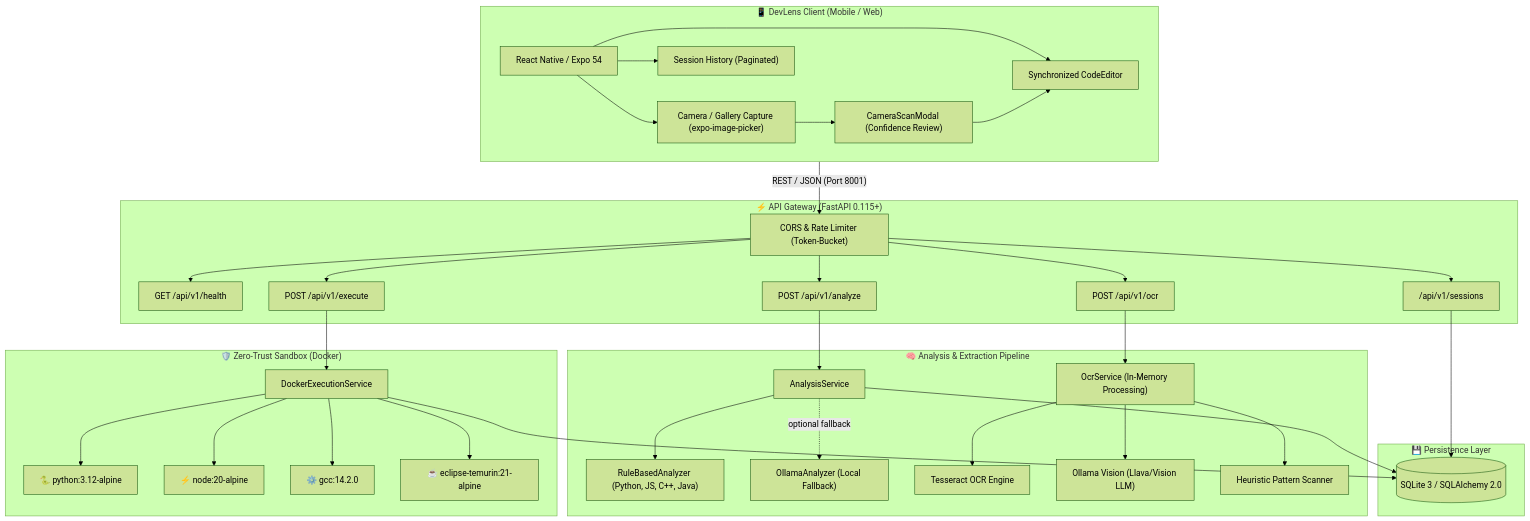
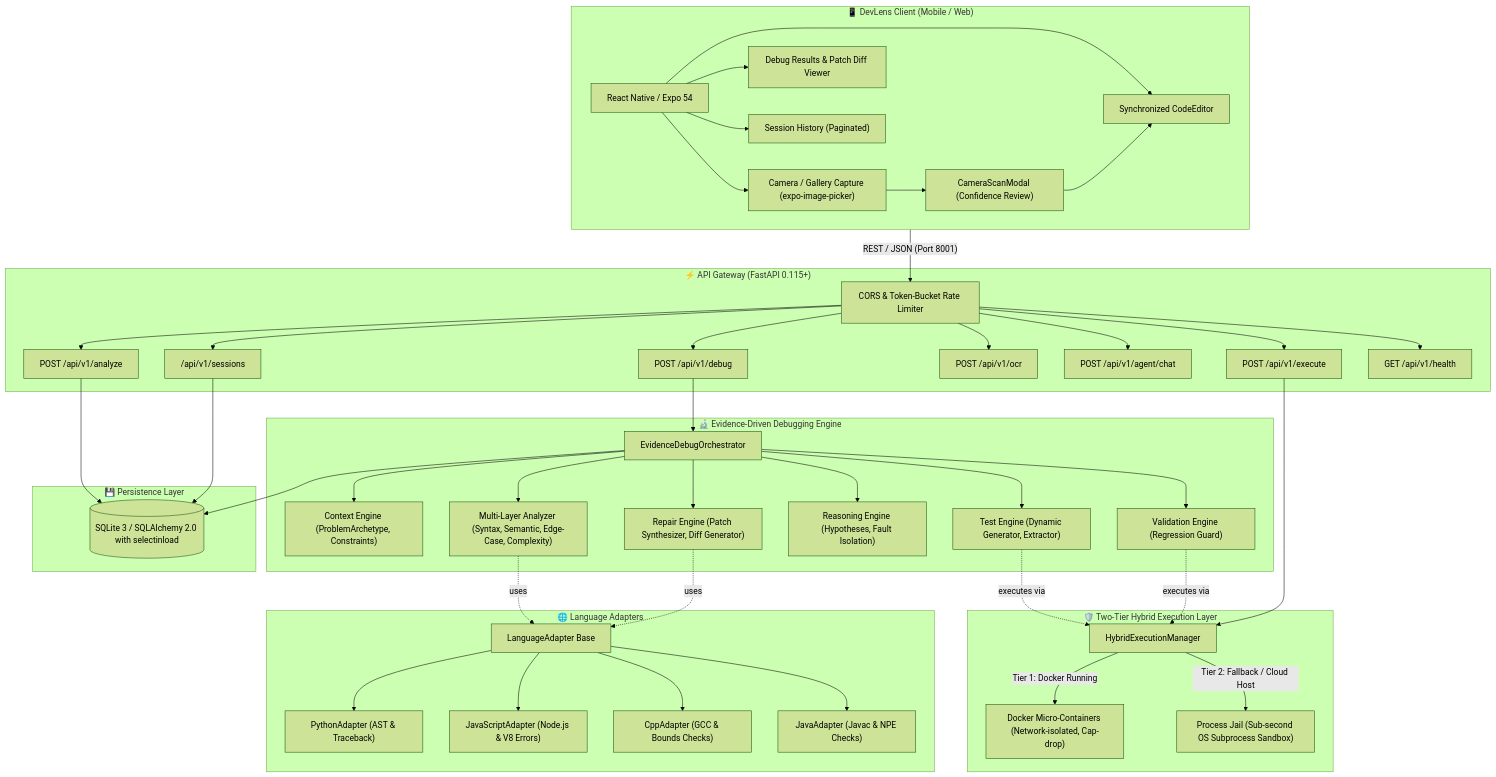
Before and after one commit to Bit-manipulators/DevLense: the diagram in project_brain.md, drawn with Mermaid (forest theme). The commit also changed other lines of this file and 7 other files, not shown here.

Commit message:
docs: finalize comprehensive documentation for evidence-driven debugging engine, two-tier sandbox, and test suites

````diff
--- a/project_brain.md
+++ b/project_brain.md
@@ -23,63 +24,85 @@
     subgraph Client["📱 DevLens Client (Mobile / Web)"]
         UI["React Native / Expo 54"]
         Editor["Synchronized CodeEditor"]
+        DebugView["Debug Results & Patch Diff Viewer"]
         Camera["Camera / Gallery Capture (expo-image-picker)"]
         Modal["CameraScanModal (Confidence Review)"]
         History["Session History (Paginated)"]
         UI --> Editor
         UI --> Camera --> Modal --> Editor
+        UI --> DebugView
         UI --> History
     end
 
     subgraph Gateway["⚡ API Gateway (FastAPI 0.115+)"]
-        Router["CORS & Rate Limiter (Token-Bucket)"]
-        HealthAPI["GET /api/v1/health"]
+        Router["CORS & Token-Bucket Rate Limiter"]
+        DebugAPI["POST /api/v1/debug"]
         AnalyzeAPI["POST /api/v1/analyze"]
         ExecuteAPI["POST /api/v1/execute"]
         OcrAPI["POST /api/v1/ocr"]
+        AgentAPI["POST /api/v1/agent/chat"]
         SessionsAPI["/api/v1/sessions"]
-        Router --> HealthAPI
+        HealthAPI["GET /api/v1/health"]
+        
+        Router --> DebugAPI
         Router --> AnalyzeAPI
         Router --> ExecuteAPI
         Router --> OcrAPI
+        Router --> AgentAPI
         Router --> SessionsAPI
+        Router --> HealthAPI
     end
 
-    subgraph CoreEngine["🧠 Analysis & Extraction Pipeline"]
-        AnalysisService["AnalysisService"]
-        RuleAnalyzer["RuleBasedAnalyzer (Python, JS, C++, Java)"]
-        OllamaAnalyzer["OllamaAnalyzer (Local Fallback)"]
-        OcrService["OcrService (In-Memory Processing)"]
-        TesseractOCR["Tesseract OCR Engine"]
-        OllamaVision["Ollama Vision (Llava/Vision LLM)"]
-        PatternFallback["Heuristic Pattern Scanner"]
+    subgraph EvidenceEngine["🔬 Evidence-Driven Debugging Engine"]
+        Orchestrator["EvidenceDebugOrchestrator"]
+        ContextEngine["Context Engine (ProblemArchetype, Constraints)"]
+        MultiAnalyzer["Multi-Layer Analyzer (Syntax, Semantic, Edge-Case, Complexity)"]
+        TestEngine["Test Engine (Dynamic Generator, Extractor)"]
+        ReasoningEngine["Reasoning Engine (Hypotheses, Fault Isolation)"]
+        RepairEngine["Repair Engine (Patch Synthesizer, Diff Generator)"]
+        ValidationEngine["Validation Engine (Regression Guard)"]
         
-        AnalysisService --> RuleAnalyzer
-        AnalysisService -. optional fallback .-> OllamaAnalyzer
-        OcrService --> OllamaVision
-        OcrService --> TesseractOCR
-        OcrService --> PatternFallback
+        DebugAPI --> Orchestrator
+        Orchestrator --> ContextEngine
+        Orchestrator --> MultiAnalyzer
+        Orchestrator --> TestEngine
+        Orchestrator --> ReasoningEngine
+        Orchestrator --> RepairEngine
+        Orchestrator --> ValidationEngine
     end
 
-    subgraph Sandbox["🛡️ Zero-Trust Sandbox (Docker)"]
-        DockerManager["DockerExecutionService"]
-        PyBox["🐍 python:3.12-alpine"]
-        NodeBox["⚡ node:20-alpine"]
-        CppBox["⚙️ gcc:14.2.0"]
-        JavaBox["☕ eclipse-temurin:21-alpine"]
-        DockerManager --> PyBox
-        DockerManager --> NodeBox
-        DockerManager --> CppBox
-        DockerManager --> JavaBox
+    subgraph Sandbox["🛡️ Two-Tier Hybrid Execution Layer"]
+        ExecutionManager["HybridExecutionManager"]
+        DockerBox["Docker Micro-Containers (Network-isolated, Cap-drop)"]
+        ProcessJail["Process Jail (Sub-second OS Subprocess Sandbox)"]
+        
+        ExecutionManager -->|Tier 1: Docker Running| DockerBox
+        ExecutionManager -->|Tier 2: Fallback / Cloud Host| ProcessJail
+        TestEngine -. executes via .-> ExecutionManager
+        ValidationEngine -. executes via .-> ExecutionManager
+        ExecuteAPI --> ExecutionManager
+    end
+
+    subgraph Languages["🌐 Language Adapters"]
+        LangAdapter["LanguageAdapter Base"]
+        PyAdapter["PythonAdapter (AST & Traceback)"]
+        JsAdapter["JavaScriptAdapter (Node.js & V8 Errors)"]
+        CppAdapter["CppAdapter (GCC & Bounds Checks)"]
+        JavaAdapter["JavaAdapter (Javac & NPE Checks)"]
+        LangAdapter --> PyAdapter
+        LangAdapter --> JsAdapter
+        LangAdapter --> CppAdapter
+        LangAdapter --> JavaAdapter
+        MultiAnalyzer -. uses .-> LangAdapter
+        RepairEngine -. uses .-> LangAdapter
     end
 
     subgraph Persistence["💾 Persistence Layer"]
-        DB[(SQLite 3 / SQLAlchemy 2.0)]
+        DB[(SQLite 3 / SQLAlchemy 2.0 with selectinload)]
     end
 
     Client -- "REST / JSON (Port 8001)" --> Router
-    AnalyzeAPI --> AnalysisService --> DB
-    ExecuteAPI --> DockerManager --> DB
-    OcrAPI --> OcrService
+    Orchestrator --> DB
+    AnalyzeAPI --> DB
     SessionsAPI --> DB
 ```
````
